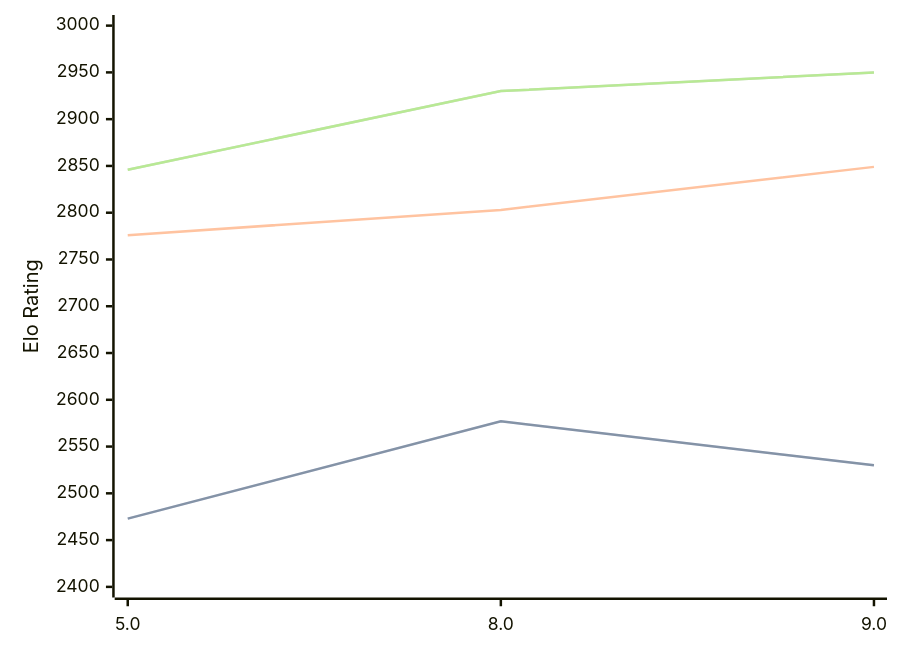
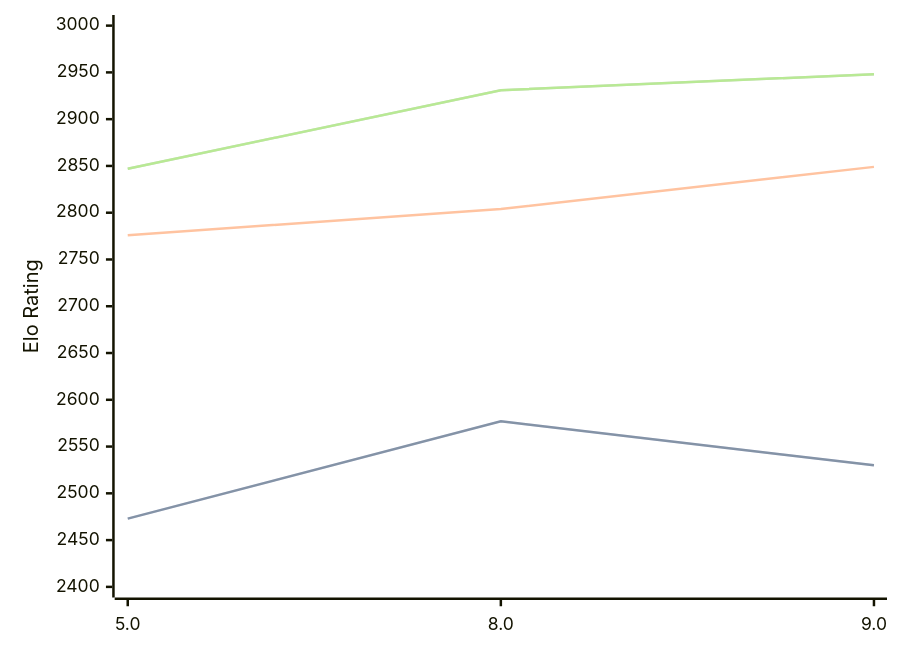
The first of 3 diagrams in engines/4kc.md (computer-chess-index/cci), drawn with Mermaid before and after one commit. The commit also changed other lines of this file, not shown here.

Commit message:
Update CCI Ratings (ELO VLTC) - 2026-06-22

````diff
--- a/engines/4kc.md
+++ b/engines/4kc.md
@@ -42,11 +42,11 @@
 ```mermaid
 %%{init: {"theme":"base","themeVariables":{"seriesColors:['#a3a3a3','#222221','#faa371']}}}%%
 xychart-beta
   x-axis ["5.0", "8.0", "9.0"]
   y-axis "Elo Rating" 2400 --> 3000
   line "STC (8.0+0.08s)" [2473, 2577, 2530]
   line "STC (8.0+0.08s)" [2473, 2577, 2530]
-  line "LTC (60.0+0.60s)" [2776, 2803, 2849]
-  line "VLTC (2m24s+1.12s)" [2846, 2930, 2950]
-  line "VLTC (2m24s+1.12s)" [2846, 2930, 2950]
+  line "LTC (60.0+0.60s)" [2776, 2804, 2849]
+  line "VLTC (2m24s+1.12s)" [2847, 2931, 2948]
+  line "VLTC (2m24s+1.12s)" [2847, 2931, 2948]
 ```
````
